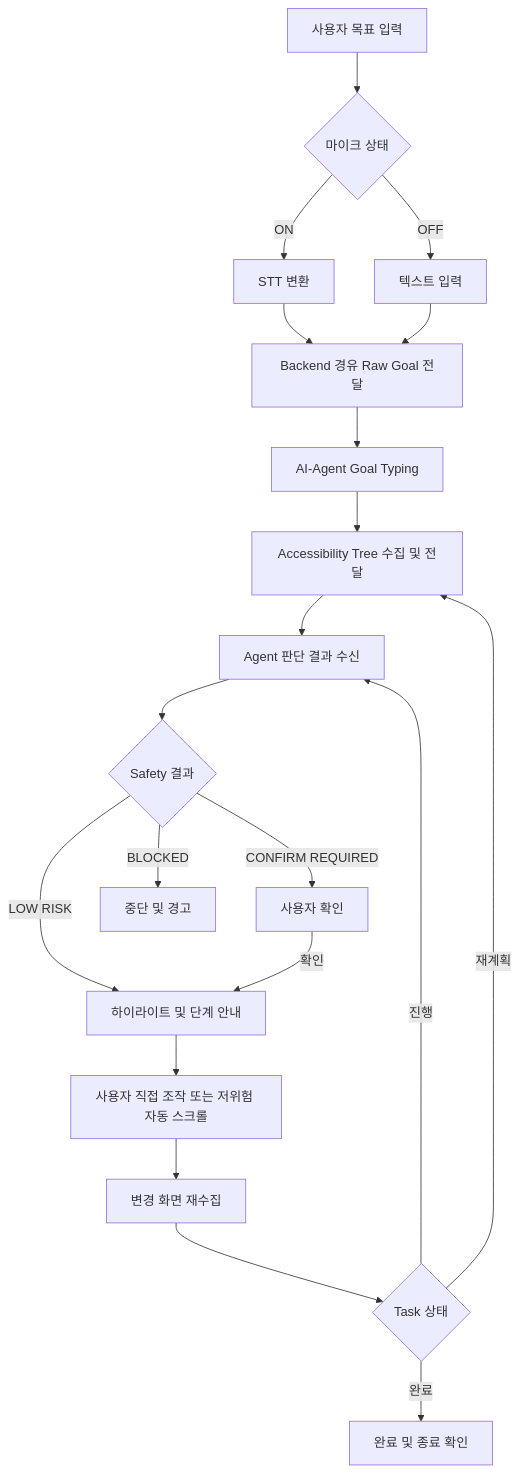
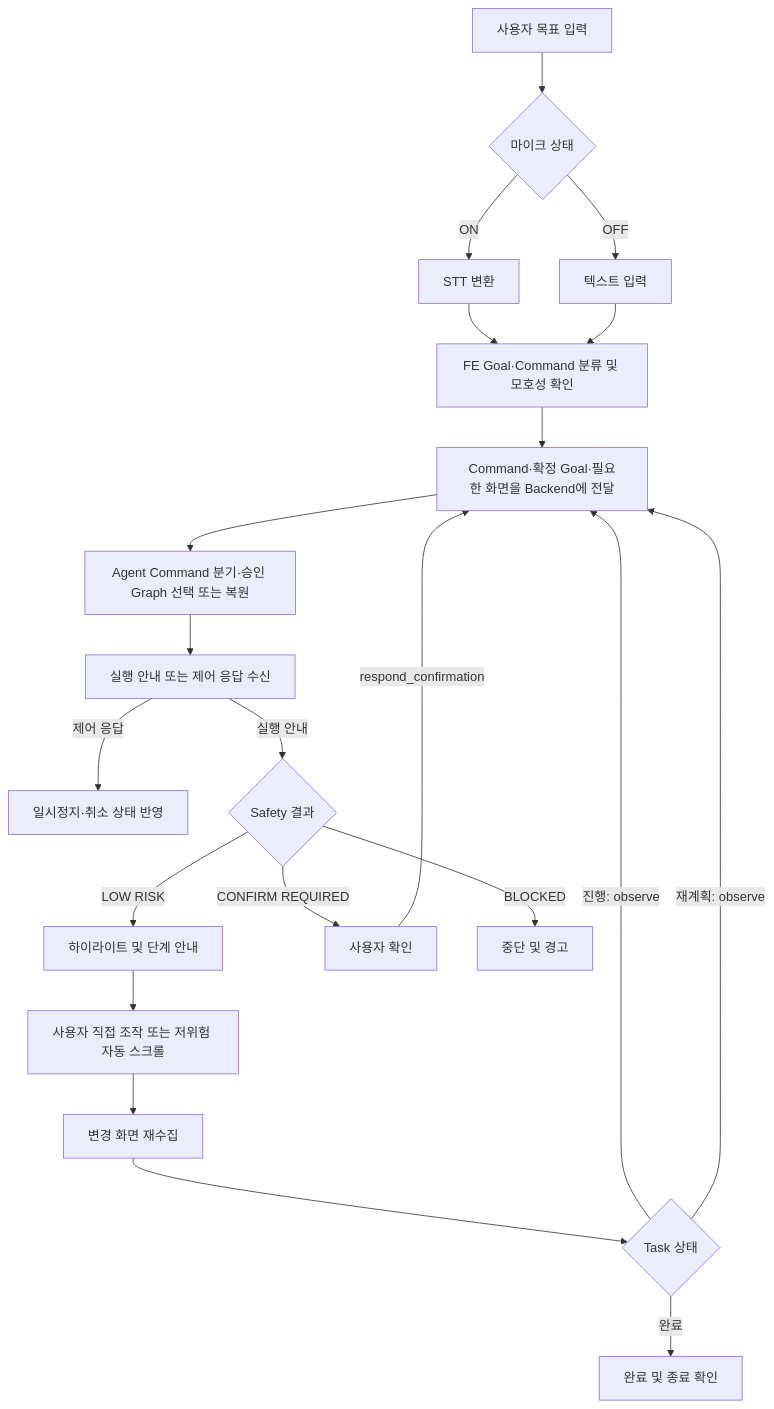
The diagram in docs/frontend-architecture.md (Bae-iri/Click), drawn with Mermaid before and after one commit. The commit also changed other lines of this file and 28 other files, not shown here.

````diff
--- a/docs/frontend-architecture.md
+++ b/docs/frontend-architecture.md
@@ -130,22 +131,23 @@
 ```mermaid
 flowchart TD
     A[사용자 목표 입력] --> B{마이크 상태}
     B -->|ON| C[STT 변환]
     B -->|OFF| D[텍스트 입력]
-    C --> E[Backend 경유 Raw Goal 전달]
+    C --> E[FE Goal·Command 분류 및 모호성 확인]
     D --> E
-    E --> F[AI-Agent Goal Typing]
-    F --> G[Accessibility Tree 수집 및 전달]
-    G --> H[Agent 판단 결과 수신]
-    H --> I{Safety 결과}
+    E --> G[Command·확정 Goal·필요한 화면을 Backend에 전달]
+    G --> F[Agent Command 분기·승인 Graph 선택 또는 복원]
+    F --> H[실행 안내 또는 제어 응답 수신]
+    H -->|제어 응답| CTRL[일시정지·취소 상태 반영]
+    H -->|실행 안내| I{Safety 결과}
     I -->|LOW RISK| J[하이라이트 및 단계 안내]
     I -->|CONFIRM REQUIRED| K[사용자 확인]
     I -->|BLOCKED| L[중단 및 경고]
-    K -->|확인| J
+    K -->|respond_confirmation| G
     J --> M[사용자 직접 조작 또는 저위험 자동 스크롤]
     M --> N[변경 화면 재수집]
     N --> O{Task 상태}
-    O -->|진행| H
-    O -->|재계획| G
+    O -->|진행: observe| G
+    O -->|재계획: observe| G
     O -->|완료| P[완료 및 종료 확인]
 ```
````
